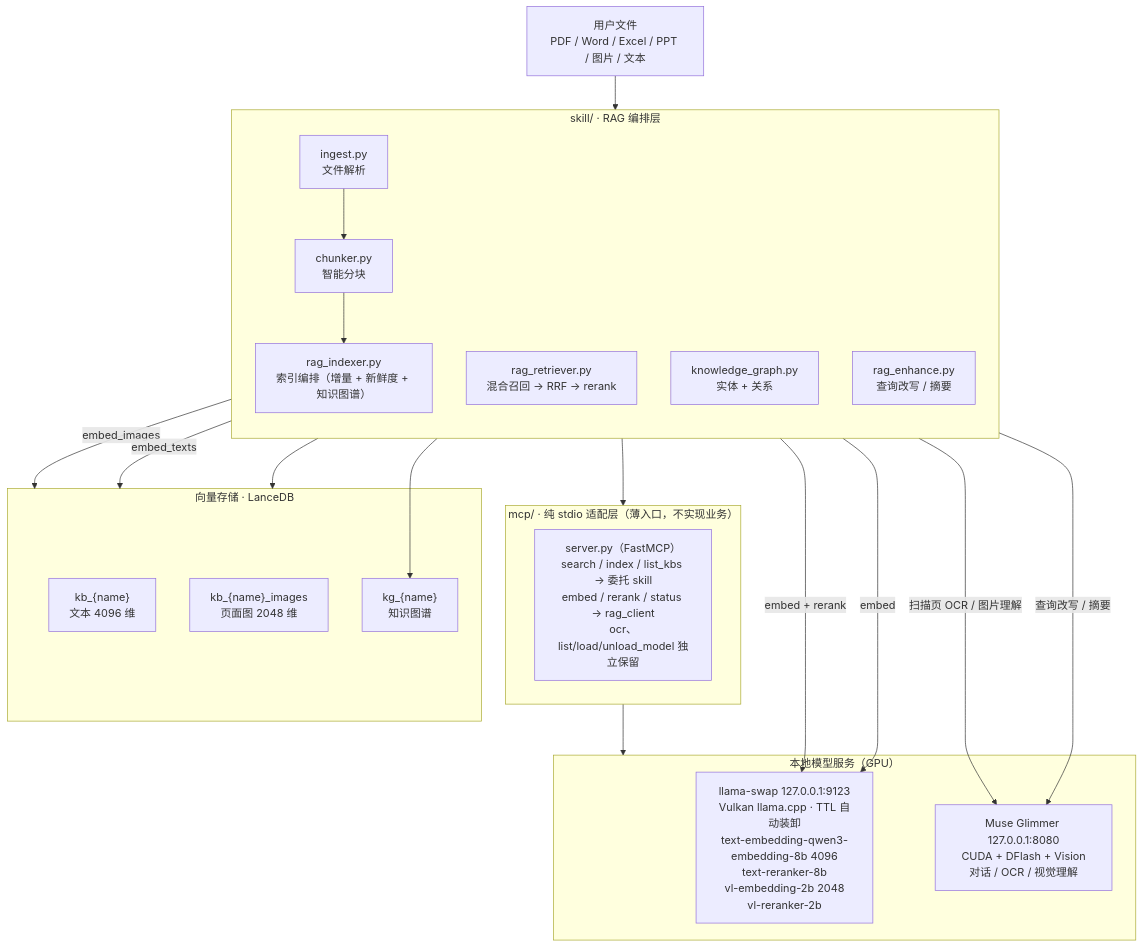
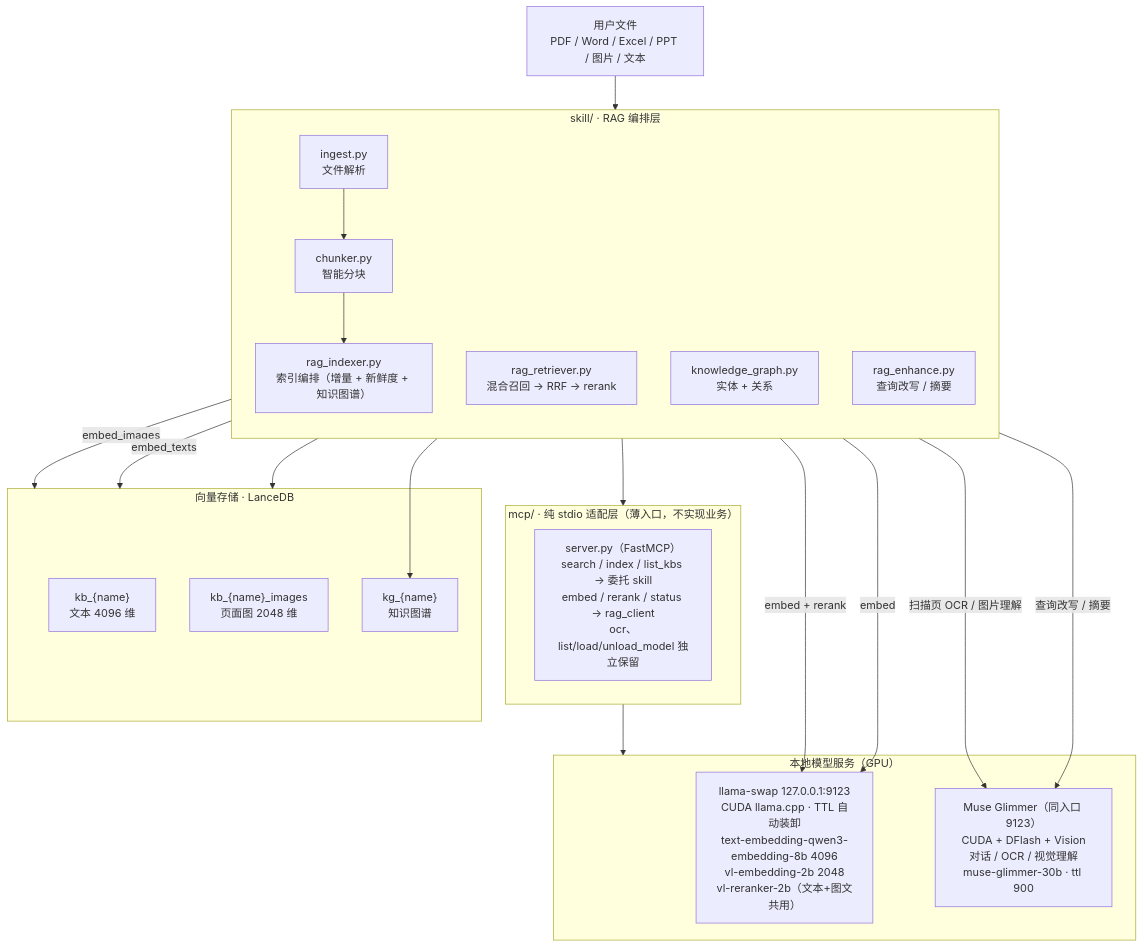
The diagram in README.md (KODxixi/local-model), drawn with Mermaid before and after one commit. The commit also changed other lines of this file and 21 other files, not shown here.

````diff
--- a/README.md
+++ b/README.md
@@ -11,42 +11,42 @@
 ```mermaid
 flowchart TB
     IN["用户文件<br/>PDF / Word / Excel / PPT / 图片 / 文本"]
 
     subgraph SKILL["skill/ · RAG 编排层"]
         direction TB
         ING["ingest.py<br/>文件解析"]
         CHK["chunker.py<br/>智能分块"]
         IDX["rag_indexer.py<br/>索引编排（增量 + 新鲜度 + 知识图谱）"]
         RET["rag_retriever.py<br/>混合召回 → RRF → rerank"]
         KG["knowledge_graph.py<br/>实体 + 关系"]
         ENH["rag_enhance.py<br/>查询改写 / 摘要"]
         ING --> CHK --> IDX
     end
 
     subgraph MCP["mcp/ · 纯 stdio 适配层（薄入口，不实现业务）"]
         SRV["server.py（FastMCP）<br/>search / index / list_kbs → 委托 skill<br/>embed / rerank / status → rag_client<br/>ocr、list/load/unload_model 独立保留"]
     end
 
     subgraph STORE["向量存储 · LanceDB"]
         T1["kb_{name}<br/>文本 4096 维"]
         T2["kb_{name}_images<br/>页面图 2048 维"]
         T3["kg_{name}<br/>知识图谱"]
     end
 
     subgraph MODELS["本地模型服务（GPU）"]
-        LS["llama-swap 127.0.0.1:9123<br/>Vulkan llama.cpp · TTL 自动装卸<br/>text-embedding-qwen3-embedding-8b 4096<br/>text-reranker-8b<br/>vl-embedding-2b 2048<br/>vl-reranker-2b"]
-        MG["Muse Glimmer 127.0.0.1:8080<br/>CUDA + DFlash + Vision<br/>对话 / OCR / 视觉理解"]
+        LS["llama-swap 127.0.0.1:9123<br/>CUDA llama.cpp · TTL 自动装卸<br/>text-embedding-qwen3-embedding-8b 4096<br/>vl-embedding-2b 2048<br/>vl-reranker-2b（文本+图文共用）"]
+        MG["Muse Glimmer（同入口 9123）<br/>CUDA + DFlash + Vision<br/>对话 / OCR / 视觉理解<br/>muse-glimmer-30b · ttl 900"]
     end
 
     IN --> SKILL
     IDX -->|embed_images| STORE
     IDX -->|embed_texts| STORE
     RET --> STORE
     KG --> T3
     RET -->|embed + rerank| LS
     IDX -->|embed| LS
     ING -->|扫描页 OCR / 图片理解| MG
     ENH -->|查询改写 / 摘要| MG
     SKILL --> MCP
     MCP --> MODELS
 ```
````
